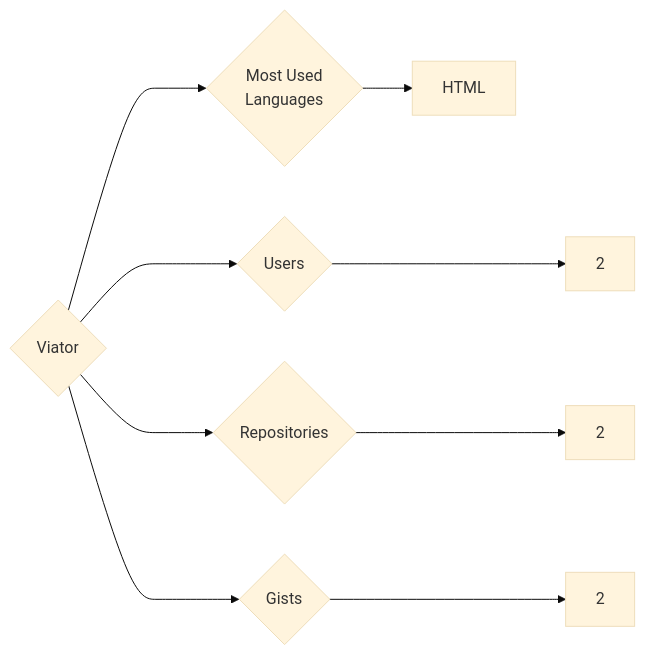
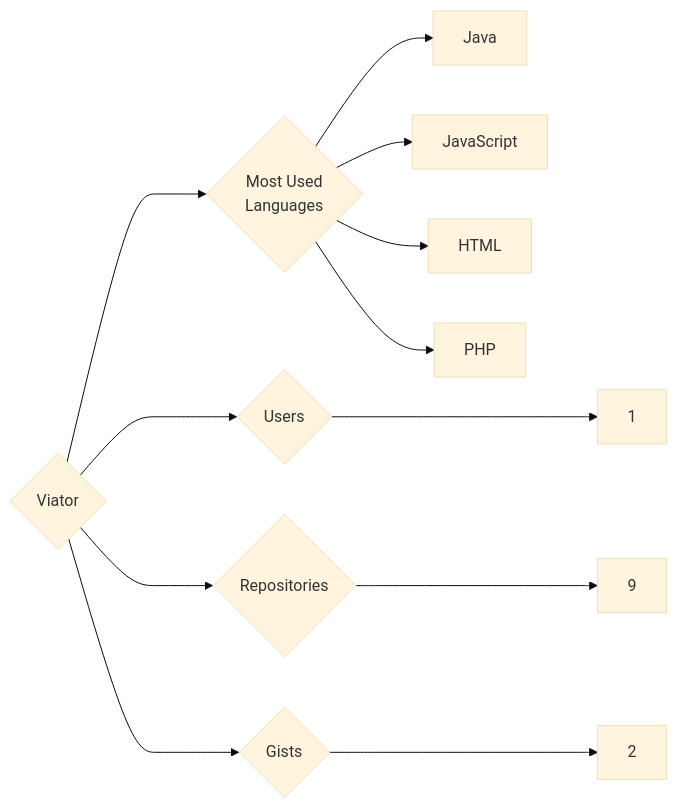
Before and after one commit to trickest/insiders: the diagram in targets/Viator/README.md, drawn with Mermaid (base theme). The commit also changed 976 other files, not shown here.

````diff
--- a/targets/Viator/README.md
+++ b/targets/Viator/README.md
@@ -3,9 +3,12 @@
 ```mermaid
 graph LR
 COMPANY_NAME{Viator}
-COMPANY_NAME ---> U{Users} ---> UN[2]
-COMPANY_NAME ---> R{Repositories} ---> RN[2]
+COMPANY_NAME ---> U{Users} ---> UN[1]
+COMPANY_NAME ---> R{Repositories} ---> RN[9]
 COMPANY_NAME ---> G{Gists} ---> GN[2]
 COMPANY_NAME ---> ML{Most Used<br>Languages}
+ML --> Java[Java]
+ML --> JavaScript[JavaScript]
 ML --> HTML[HTML]
+ML --> PHP[PHP]
 ```
````
